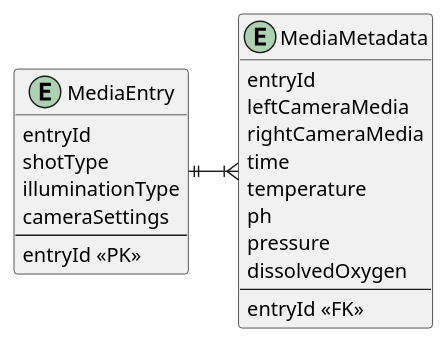
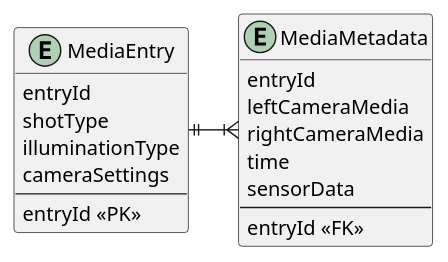
Before and after one commit to fabiomatos999/M.O.S.I.S: the diagram in Progress_Report_Presentation/Main_Document/Figures/ER_Diagram.pu, drawn with PlantUML. The commit also changed 1 other file, not shown here.

Commit message:
Simplified ER Diagram

```diff
--- a/Progress_Report_Presentation/Main_Document/Figures/ER_Diagram.pu
+++ b/Progress_Report_Presentation/Main_Document/Figures/ER_Diagram.pu
@@ -1,24 +1,21 @@
 @startuml
 skinparam linetype ortho
 entity MediaEntry {
 	entryId
 	shotType
 	illuminationType
 	cameraSettings
 	--
 	entryId <<PK>>
 }
 entity MediaMetadata {
 	entryId
 	leftCameraMedia
 	rightCameraMedia
 	time
-	temperature
-	ph
-	pressure
-	dissolvedOxygen
+	sensorData
 	--
 	entryId <<FK>>
 }
 MediaEntry ||-right-|{ MediaMetadata
 @enduml
```
